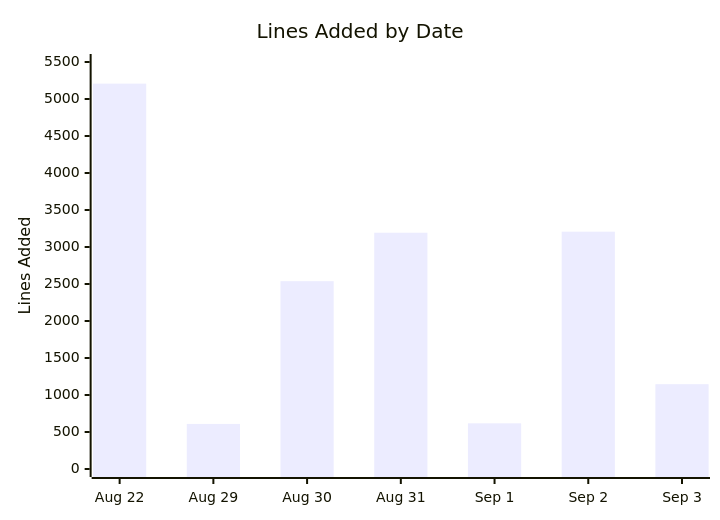
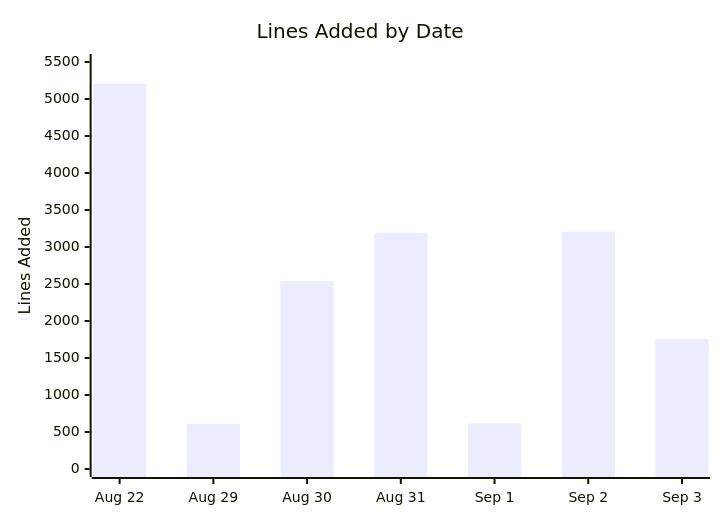
The second of 2 diagrams in docs/PROJECT_SUMMARY.md (roger64s/CodeWithKris), drawn with Mermaid before and after one commit. The commit also changed other lines of this file and 16 other files, not shown here.

````diff
--- a/docs/PROJECT_SUMMARY.md
+++ b/docs/PROJECT_SUMMARY.md
@@ -31,7 +31,7 @@
 ```mermaid
 xychart-beta
     title "Lines Added by Date"
     x-axis ["Aug 22", "Aug 29", "Aug 30", "Aug 31", "Sep 1", "Sep 2", "Sep 3"]
     y-axis "Lines Added" 0 --> 5500
-    bar [5208, 609, 2538, 3193, 617, 3207, 1146]
+    bar [5208, 609, 2538, 3193, 617, 3207, 1756]
 ```
````
